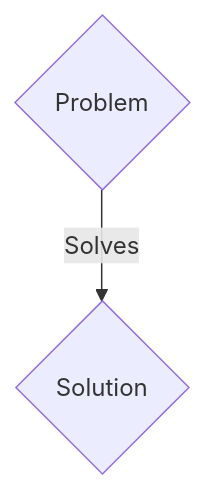
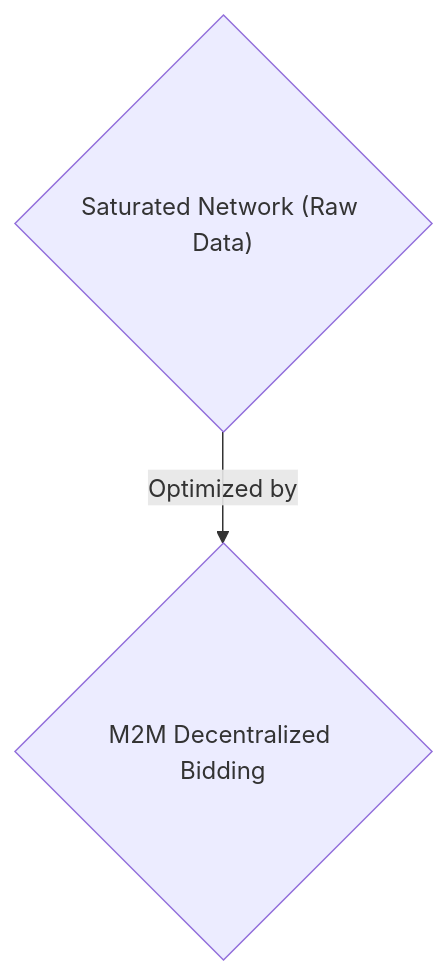
The first of 2 diagrams in ideas/m2m-agent-bandwidth-broker/README.md (flouzzy/top-100-ai-startup-ideas), drawn with Mermaid before and after one commit. The commit also changed other lines of this file and 19 other files, not shown here.

````diff
--- a/ideas/m2m-agent-bandwidth-broker/README.md
+++ b/ideas/m2m-agent-bandwidth-broker/README.md
@@ -17,4 +17,4 @@
 ```mermaid
 graph TD
-    A{"Problem"} -->|"Solves"| B{"Solution"}
+    A{"Saturated Network (Raw Data)"} -->|"Optimized by"| B{"M2M Decentralized Bidding"}
 ```
````
